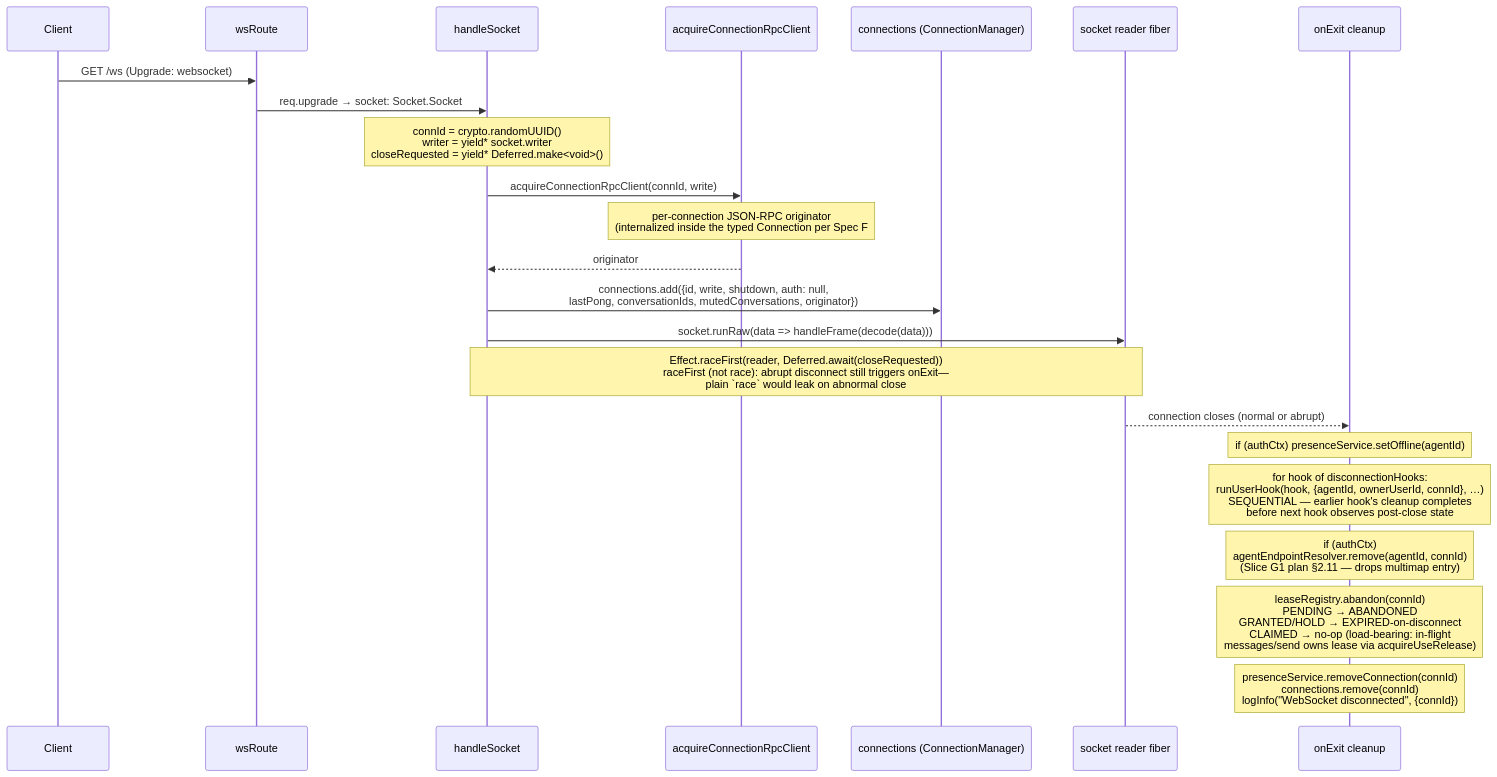
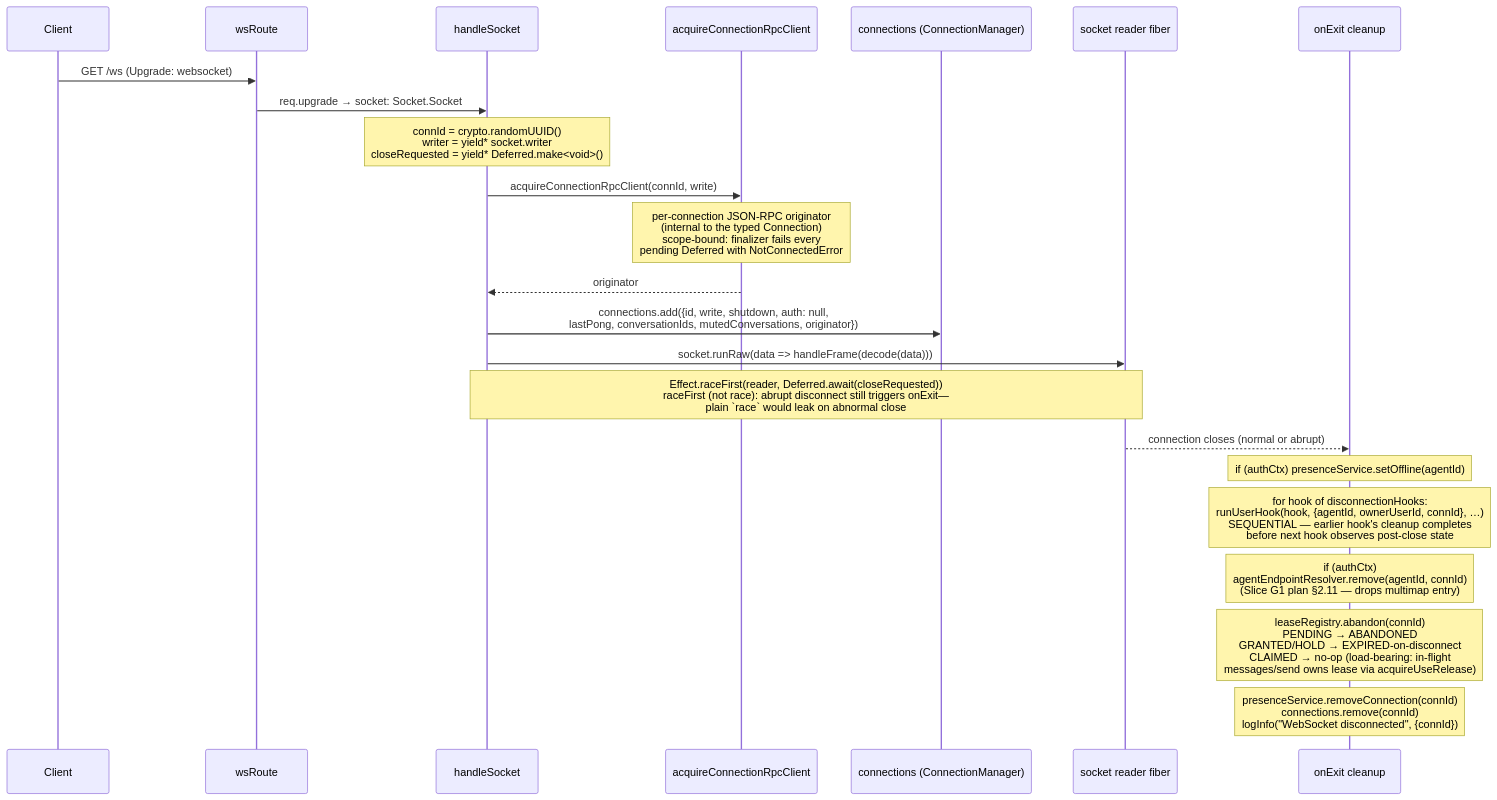
The diagram in packages/server/docs/architecture/02-ws-connection-lifecycle.md (chughtapan/moltzap), drawn with Mermaid before and after one commit. The commit also changed 12 other files, not shown here.

````diff
--- a/packages/server/docs/architecture/02-ws-connection-lifecycle.md
+++ b/packages/server/docs/architecture/02-ws-connection-lifecycle.md
@@ -11,26 +11,26 @@
 ```mermaid
 sequenceDiagram
     participant C as Client
     participant WS as wsRoute
     participant HS as handleSocket
     participant RPC as acquireConnectionRpcClient
     participant CM as connections (ConnectionManager)
     participant Reader as socket reader fiber
     participant Cleanup as onExit cleanup
 
     C->>WS: GET /ws (Upgrade: websocket)
     WS->>HS: req.upgrade → socket: Socket.Socket
     Note over HS: connId = crypto.randomUUID()<br>writer = yield* socket.writer<br>closeRequested = yield* Deferred.make<void>()
     HS->>RPC: acquireConnectionRpcClient(connId, write)
-    Note over RPC: per-connection JSON-RPC originator<br>(internalized inside the typed Connection per Spec F #617 §6 FRI)<br>scope-bound: finalizer fails every<br>pending Deferred with NotConnectedError
+    Note over RPC: per-connection JSON-RPC originator<br>(internal to the typed Connection)<br>scope-bound: finalizer fails every<br>pending Deferred with NotConnectedError
     RPC-->>HS: originator
     HS->>CM: connections.add({id, write, shutdown, auth: null,<br>lastPong, conversationIds, mutedConversations, originator})
     HS->>Reader: socket.runRaw(data => handleFrame(decode(data)))
     Note over HS,Reader: Effect.raceFirst(reader, Deferred.await(closeRequested))<br>raceFirst (not race): abrupt disconnect still triggers onExit—<br>plain `race` would leak on abnormal close
     Reader-->>Cleanup: connection closes (normal or abrupt)
     Note over Cleanup: if (authCtx) presenceService.setOffline(agentId)
     Note over Cleanup: for hook of disconnectionHooks:<br>runUserHook(hook, {agentId, ownerUserId, connId}, …)<br>SEQUENTIAL — earlier hook's cleanup completes<br>before next hook observes post-close state
     Note over Cleanup: if (authCtx)<br>agentEndpointResolver.remove(agentId, connId)<br>(Slice G1 plan §2.11 — drops multimap entry)
     Note over Cleanup: leaseRegistry.abandon(connId)<br>PENDING → ABANDONED<br>GRANTED/HOLD → EXPIRED-on-disconnect<br>CLAIMED → no-op (load-bearing: in-flight<br>messages/send owns lease via acquireUseRelease)
     Note over Cleanup: presenceService.removeConnection(connId)<br>connections.remove(connId)<br>logInfo("WebSocket disconnected", {connId})
 ```
````
